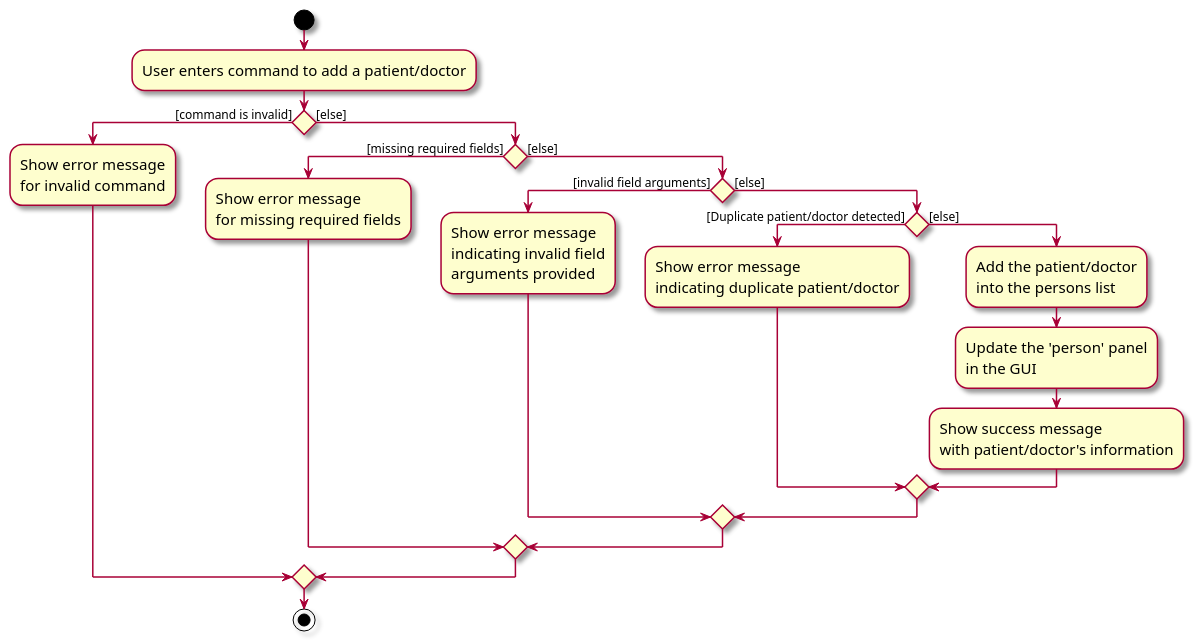
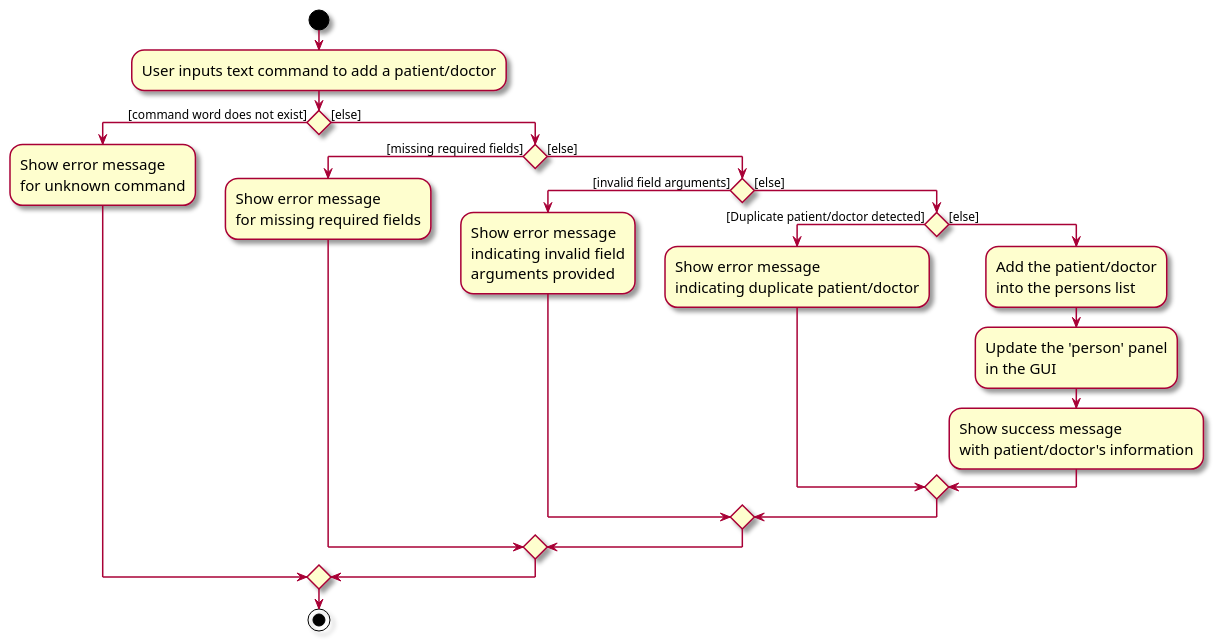
Before and after one commit to alfaloo/tp: the diagram in docs/diagrams/AddPersonActivityDiagram.puml, drawn with PlantUML. The commit also changed 7 other files, not shown here.

```diff
--- a/docs/diagrams/AddPersonActivityDiagram.puml
+++ b/docs/diagrams/AddPersonActivityDiagram.puml
@@ -1,30 +1,30 @@
 @startuml
 skin rose
 skinparam ActivityFontSize 15
 skinparam ArrowFontSize 12
 
 start
-:User enters command to add a patient/doctor;
+:User inputs text command to add a patient/doctor;
 
-if () then ([command is invalid])
-    :Show error message\nfor invalid command;
+if () then ([command word does not exist])
+    :Show error message\nfor unknown command;
 else ([else])
     if () then ([missing required fields])
         :Show error message\nfor missing required fields;
     else ([else])
         if () then ([invalid field arguments])
             :Show error message\nindicating invalid field\narguments provided;
         else ([else])
             if () then ([Duplicate patient/doctor detected])
                 :Show error message\nindicating duplicate patient/doctor;
                 else ([else])
                     :Add the patient/doctor\ninto the persons list;
                     :Update the 'person' panel\nin the GUI;
                     :Show success message\nwith patient/doctor's information;
             endif;
         endif
     endif
 endif
 
 stop
 @enduml
```
